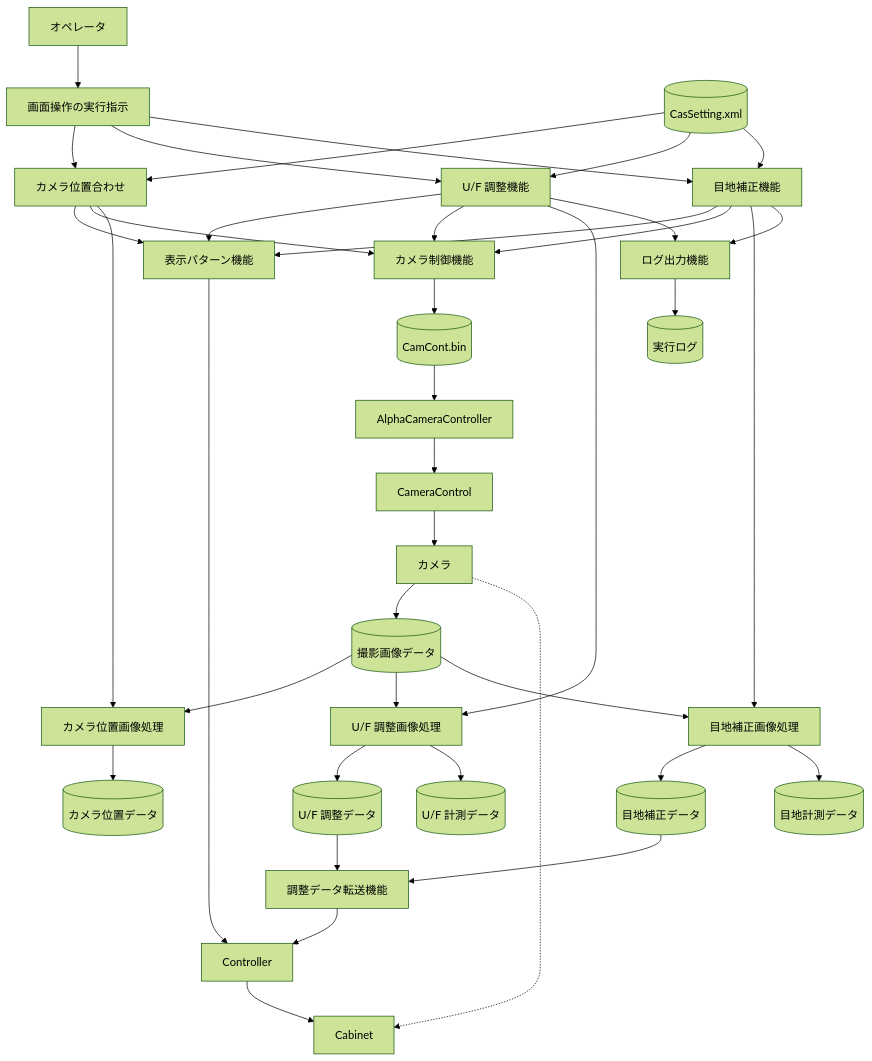
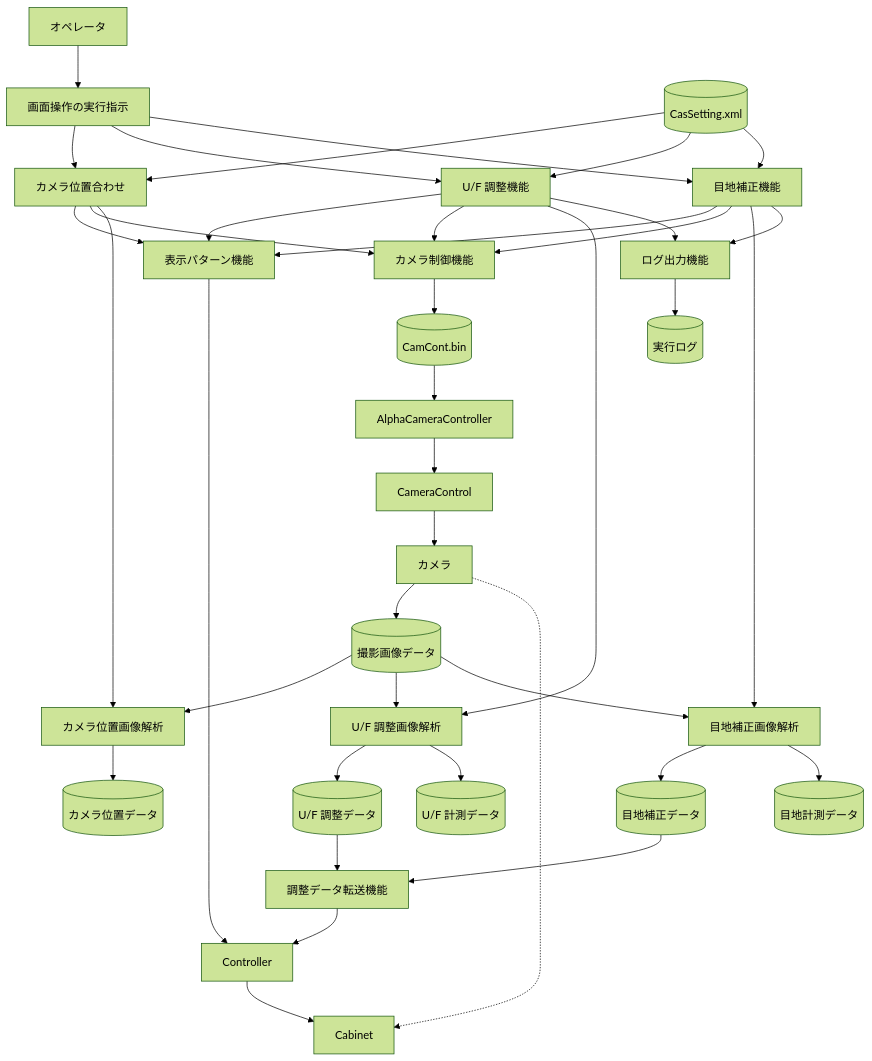
The fourth of 5 diagrams in docs/カメラCAS_基本設計書.md (HottaTakayuki/ColorAlignmentSoftware), drawn with Mermaid (forest theme) before and after one commit. The commit also changed other lines of this file and 26 other files, not shown here.

````diff
--- a/docs/カメラCAS_基本設計書.md
+++ b/docs/カメラCAS_基本設計書.md
@@ -185,51 +185,51 @@
 ```mermaid
 flowchart TD
     User["オペレータ"] --> UI["画面操作の実行指示"]
 
     UI --> CameraPos["カメラ位置合わせ"] & UfAdjust["U/F 調整機能"] & GapAdjust["目地補正機能"]
 
     CameraPos --> Pattern["表示パターン機能"]
     UfAdjust --> Pattern
     GapAdjust --> Pattern
 
     CameraPos --> Cam["カメラ制御機能"]
     UfAdjust --> Cam
     GapAdjust --> Cam
 
     Cam --> ControlFile[(CamCont.bin)]
     ControlFile  --> Alpha["AlphaCameraController"] 
     Alpha --> CameraControl["CameraControl"]
     CameraControl --> Camera["カメラ"]
     Camera --> ImageData[(撮影画像データ)]
 
-    CameraPos --> ImageProcessCameraPos["カメラ位置画像処理"]
-    UfAdjust --> ImageProcessUf["U/F 調整画像処理"]
-    GapAdjust --> ImageProcessGap["目地補正画像処理"]
+    CameraPos --> ImageProcessCameraPos["カメラ位置画像解析"]
+    UfAdjust --> ImageProcessUf["U/F 調整画像解析"]
+    GapAdjust --> ImageProcessGap["目地補正画像解析"]
     ImageData --> ImageProcessCameraPos
     ImageData --> ImageProcessUf
     ImageData --> ImageProcessGap
 
     ImageProcessCameraPos --> CamPosData[(カメラ位置データ)]
     ImageProcessUf --> UfAdjData[(U/F 調整データ)]
     ImageProcessUf --> UfMeasData[(U/F 計測データ)]
     ImageProcessGap --> GapAdjData[(目地補正データ)]
     ImageProcessGap --> GapMeasData[(目地計測データ)]
 
     UfAdjData --> Transfer["調整データ転送機能"]
     GapAdjData --> Transfer
     Transfer --> Controller
 
     ConfData[(CasSetting.xml)] --> CameraPos
     ConfData[(CasSetting.xml)] --> UfAdjust
     ConfData[(CasSetting.xml)] --> GapAdjust
 
     Pattern --> Controller
     Controller --> Cabinet["Cabinet"]
 
     Camera -.-> Cabinet
 
     UfAdjust --> Info["ログ出力機能"]
     GapAdjust --> Info
 
     Info --> History[(実行ログ)]
 ```
````
